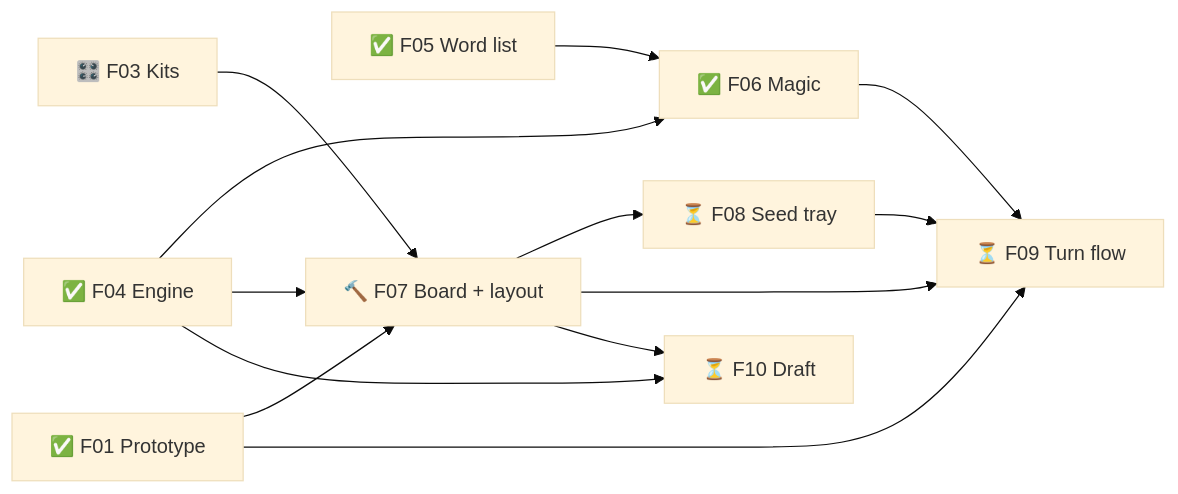
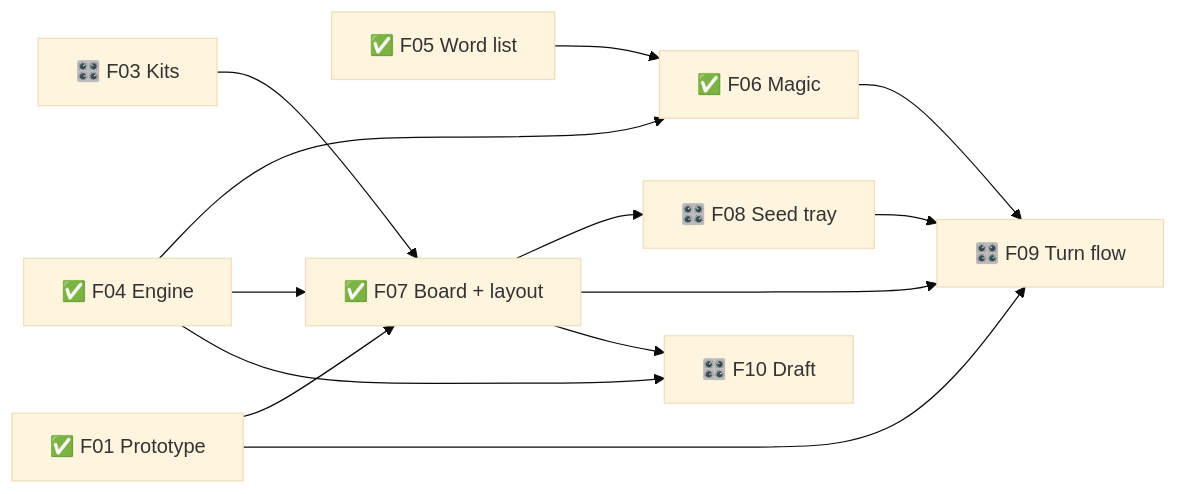
One commit to TheBlueMuzzy/Glyphtender changed the second of 4 diagrams in .planning/ROADMAP.md. Above: the diagram before and after it, drawn with Mermaid (base theme). The commit also changed other lines of this file and 2 other files, not shown here.

Commit message:
Sprint 03 done — playable 2-player garden (board, tray, draft, turn flow, throw); F08–F10 waiting on Muzzy's play

````diff
--- a/.planning/ROADMAP.md
+++ b/.planning/ROADMAP.md
@@ -31,15 +31,15 @@
 ```mermaid
 flowchart LR
   F04[✅ F04 Engine] --> F06[✅ F06 Magic]
   F05[✅ F05 Word list] --> F06
-  F03[🎛️ F03 Kits] --> F07[🔨 F07 Board + layout]
+  F03[🎛️ F03 Kits] --> F07[✅ F07 Board + layout]
   F04 --> F07
   F01[✅ F01 Prototype] --> F07
-  F07 --> F08[⏳ F08 Seed tray]
-  F06 --> F09[⏳ F09 Turn flow]
+  F07 --> F08[🎛️ F08 Seed tray]
+  F06 --> F09[🎛️ F09 Turn flow]
   F07 --> F09
   F08 --> F09
   F01 --> F09
-  F07 --> F10[⏳ F10 Draft]
+  F07 --> F10[🎛️ F10 Draft]
   F04 --> F10
 ```
````
